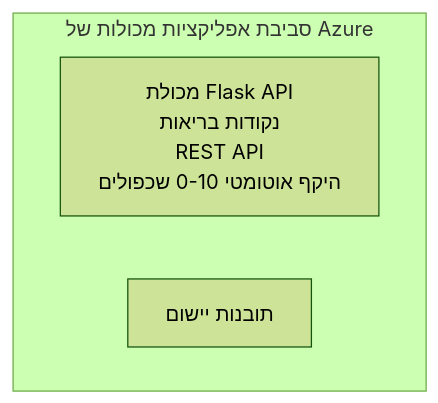
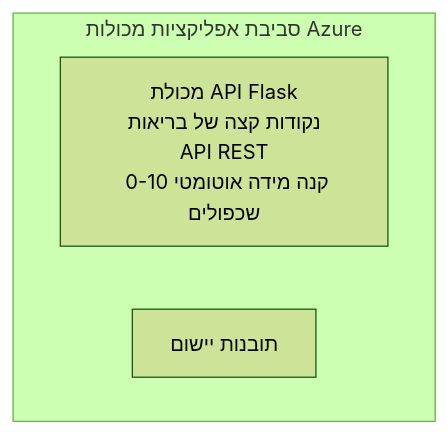
The diagram in translations/he/examples/container-app/simple-flask-api/README.md (microsoft/AZD-for-beginners), drawn with Mermaid (forest theme) before and after one commit. The commit also changed other lines of this file and 104 other files, not shown here.

````diff
--- a/translations/he/examples/container-app/simple-flask-api/README.md
+++ b/translations/he/examples/container-app/simple-flask-api/README.md
@@ -26,7 +26,7 @@
 ```mermaid
 graph TD
-    subgraph ACA[סביבת אפליקציות מכולות של Azure]
-        Flask[מכולת Flask API<br/>נקודות בריאות<br/>REST API<br/>היקף אוטומטי 0-10 שכפולים]
+    subgraph ACA[סביבת אפליקציות מכולות Azure]
+        Flask[מכולת API Flask<br/>נקודות קצה של בריאות<br/>API REST<br/>קנה מידה אוטומטי 0-10 שכפולים]
         AppInsights[תובנות יישום]
     end
 ```
````
